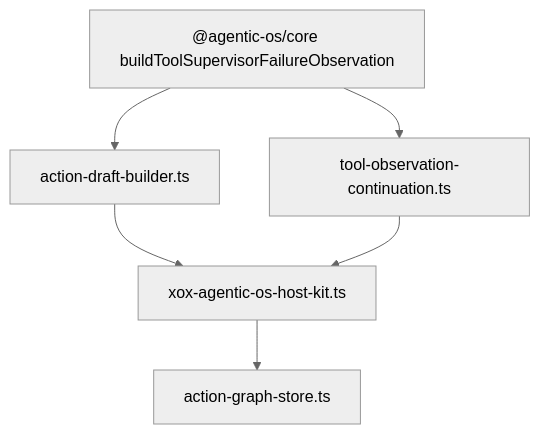
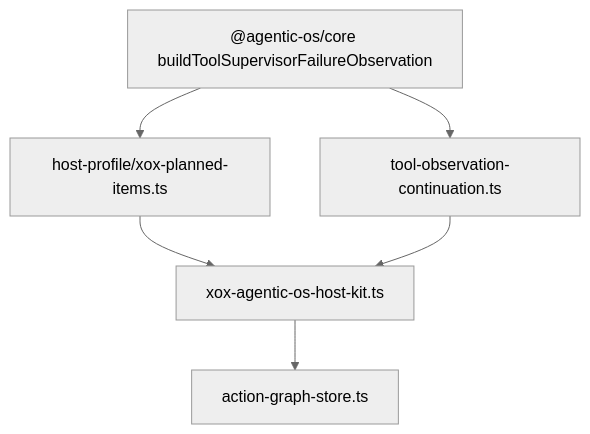
One commit to Suysker/xox-model changed the diagram in docs/agentic-os-integration/m117-tool-supervisor-failure-envelope.md. Above: the diagram before and after it, drawn with Mermaid (neutral theme). The commit also changed other lines of this file and 21 other files, not shown here.

Commit message:
refactor(api): move planned items to host profile

````diff
--- a/docs/agentic-os-integration/m117-tool-supervisor-failure-envelope.md
+++ b/docs/agentic-os-integration/m117-tool-supervisor-failure-envelope.md
@@ -43,8 +43,8 @@
 ```mermaid
 flowchart TD
-    Core["@agentic-os/core buildToolSupervisorFailureObservation"] --> ReadDraft["action-draft-builder.ts"]
+    Core["@agentic-os/core buildToolSupervisorFailureObservation"] --> ReadDraft["host-profile/xox-planned-items.ts"]
     Core --> Observation["tool-observation-continuation.ts"]
     ReadDraft --> HostKit["xox-agentic-os-host-kit.ts"]
     Observation --> HostKit
     HostKit --> Store["action-graph-store.ts"]
 ```
````
